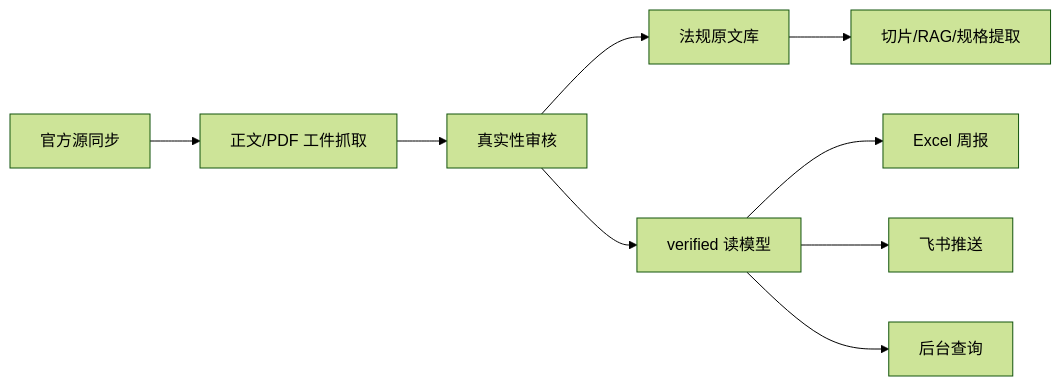
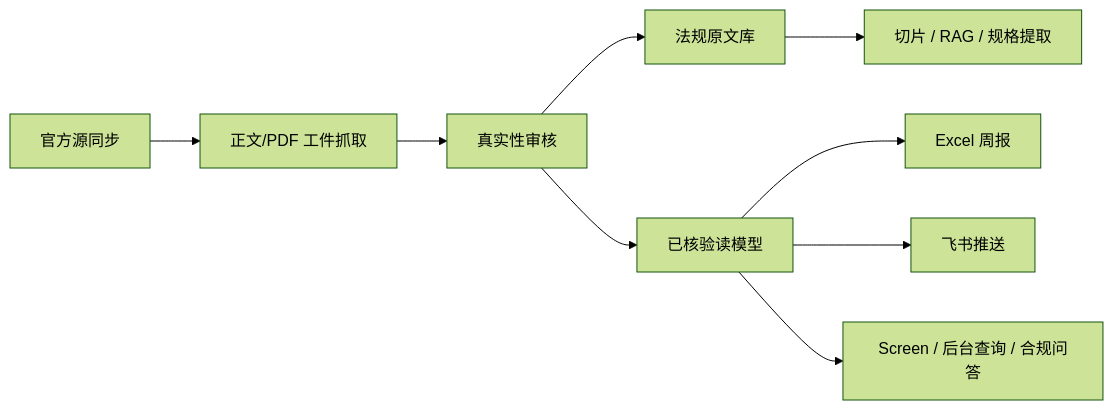
One commit to iamyourhang/cybersec-compliance changed the diagram in README.md. Above: the diagram before and after it, drawn with Mermaid (forest theme). The commit also changed other lines of this file, not shown here.

````diff
--- a/README.md
+++ b/README.md
@@ -9,11 +19,11 @@
 ```mermaid
 flowchart LR
   A["官方源同步"] --> B["正文/PDF 工件抓取"]
   B --> C["真实性审核"]
   C --> D["法规原文库"]
-  D --> E["切片/RAG/规格提取"]
-  C --> F["verified 读模型"]
+  D --> E["切片 / RAG / 规格提取"]
+  C --> F["已核验读模型"]
   F --> G["Excel 周报"]
   F --> H["飞书推送"]
-  F --> I["后台查询"]
+  F --> I["Screen / 后台查询 / 合规问答"]
 ```
````
